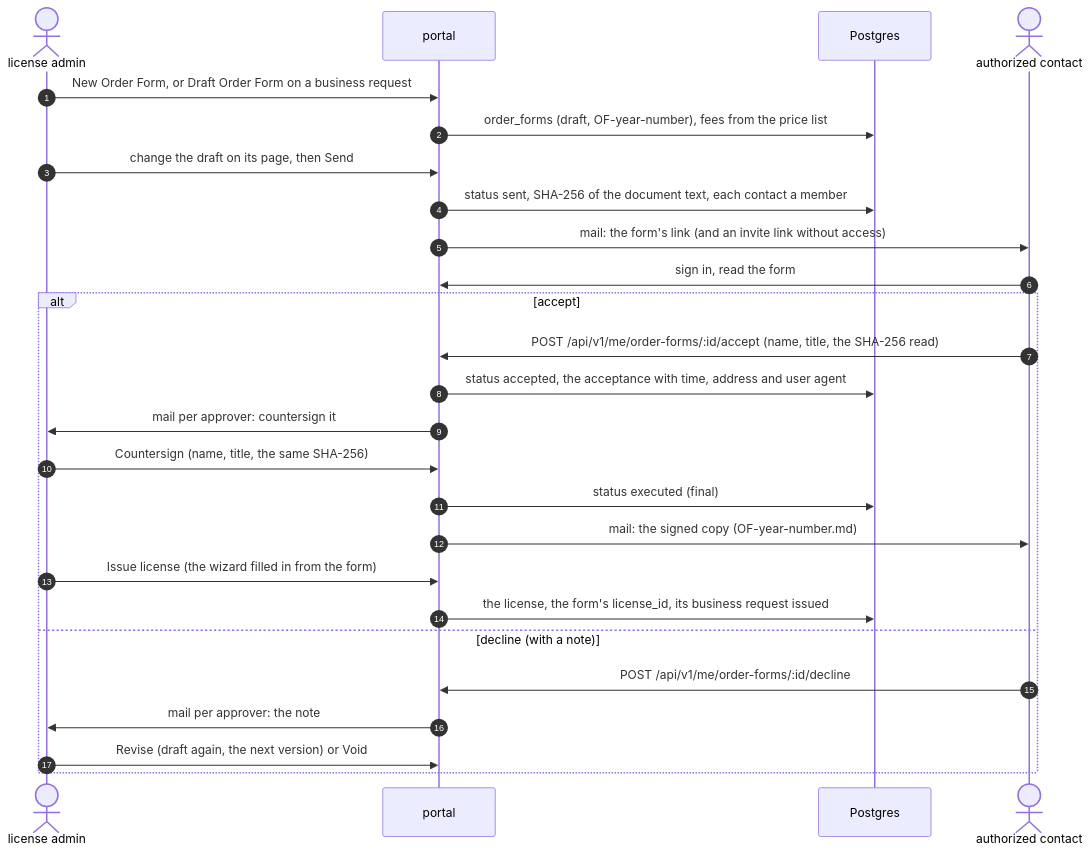
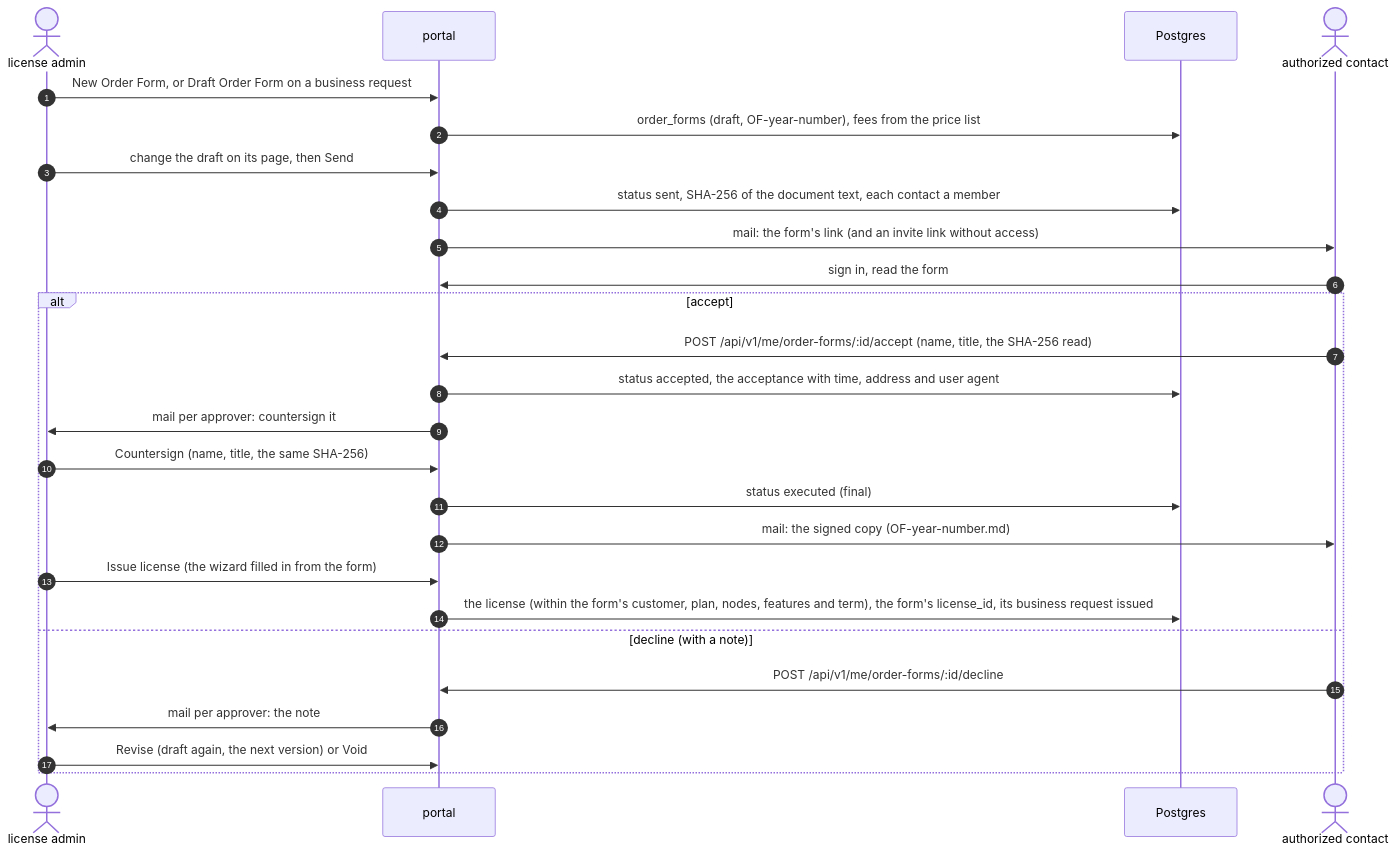
One commit to robertherbaugh/kudurru changed the seventh of 10 diagrams in license-server/docs/architecture.md. Above: the diagram before and after it, drawn with Mermaid. The commit also changed other lines of this file and 10 other files, not shown here.

First line of the commit message:
fix(license-server): store the Order Form text that was hashed

````diff
--- a/license-server/docs/architecture.md
+++ b/license-server/docs/architecture.md
@@ -206,28 +206,28 @@
 ```mermaid
 sequenceDiagram
     autonumber
     actor A as license admin
     participant P as portal
     participant DB as Postgres
     actor C as authorized contact
     A->>P: New Order Form, or Draft Order Form on a business request
     P->>DB: order_forms (draft, OF-year-number), fees from the price list
     A->>P: change the draft on its page, then Send
     P->>DB: status sent, SHA-256 of the document text, each contact a member
     P->>C: mail: the form's link (and an invite link without access)
     C->>P: sign in, read the form
     alt accept
         C->>P: POST /api/v1/me/order-forms/:id/accept (name, title, the SHA-256 read)
         P->>DB: status accepted, the acceptance with time, address and user agent
         P->>A: mail per approver: countersign it
         A->>P: Countersign (name, title, the same SHA-256)
         P->>DB: status executed (final)
         P->>C: mail: the signed copy (OF-year-number.md)
         A->>P: Issue license (the wizard filled in from the form)
-        P->>DB: the license, the form's license_id, its business request issued
+        P->>DB: the license (within the form's customer, plan, nodes, features and term), the form's license_id, its business request issued
     else decline (with a note)
         C->>P: POST /api/v1/me/order-forms/:id/decline
         P->>A: mail per approver: the note
         A->>P: Revise (draft again, the next version) or Void
     end
 ```
````
